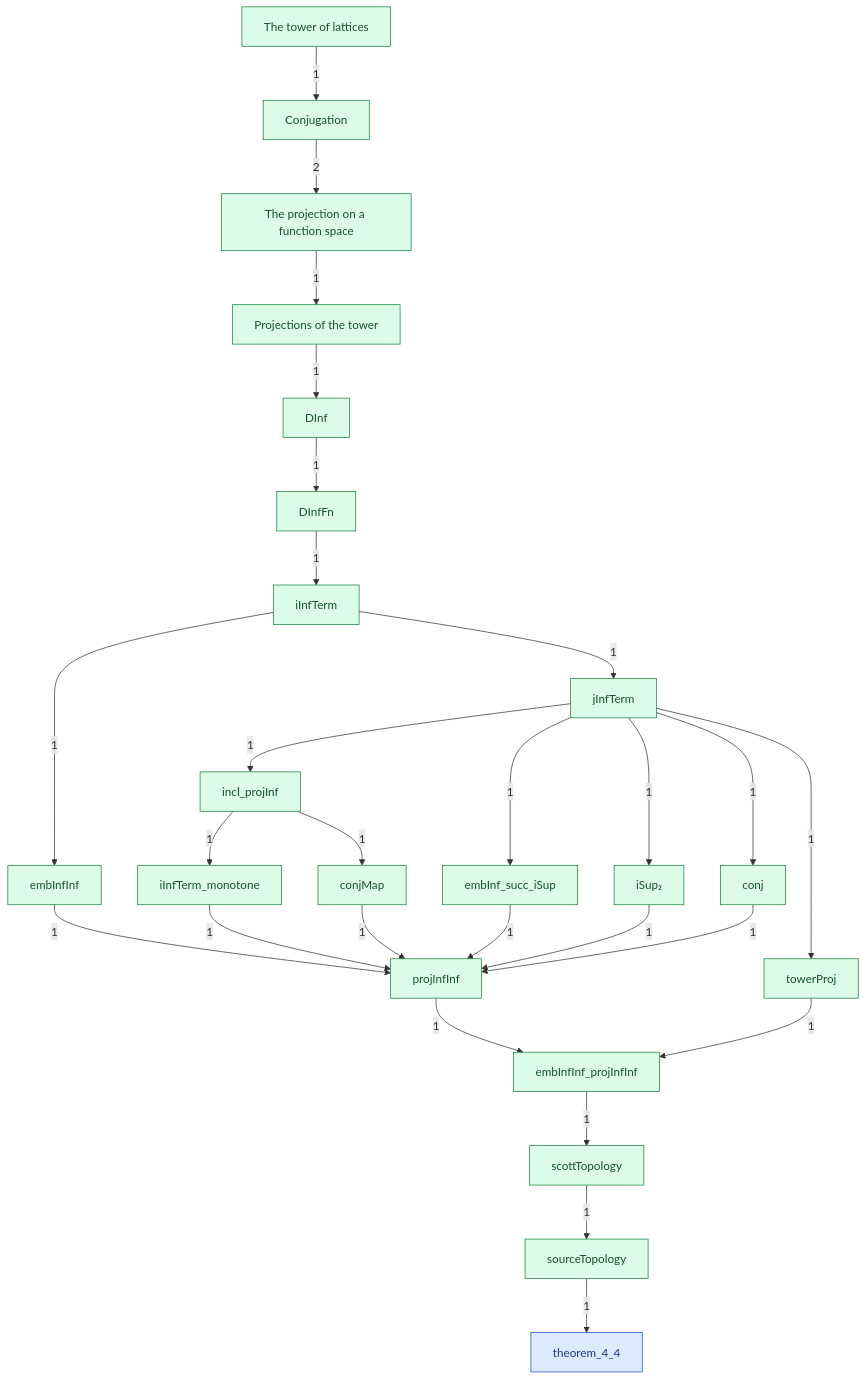
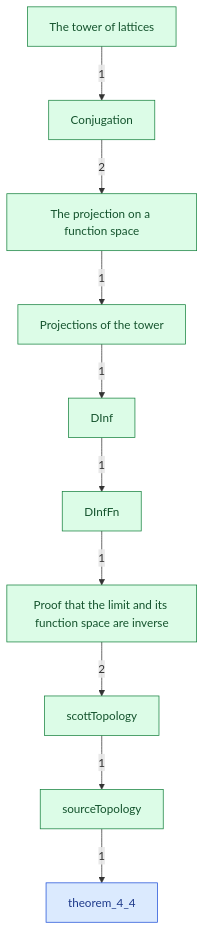
One commit to catskillsresearch/DomainTheory changed the diagram in DomainTheory/ContinuousLattice/FunctionSpaceTower/1972_Function_space_tower.mermaid. Above: the diagram before and after it, drawn with Mermaid. The commit also changed 3 other files, not shown here.

Commit message:
Gather the proof that the limit and its function space are inverse into one subsection of the tower.

```diff
--- a/DomainTheory/ContinuousLattice/FunctionSpaceTower/1972_Function_space_tower.mermaid
+++ b/DomainTheory/ContinuousLattice/FunctionSpaceTower/1972_Function_space_tower.mermaid
@@ -1,55 +1,27 @@
 %% Notes of the function space tower.
 %% Arrowhead on the importer. The number is a direct-import count.
 %% An arrow already implied by a longer path is omitted.
 flowchart TB
   LAT["The tower of lattices"]
   CONJ["Conjugation"]
   FSP["The projection on a function space"]
   PROJ["Projections of the tower"]
   DINF["DInf"]
   DFN["DInfFn"]
-  IINF["iInfTerm"]
-  EINF["embInfInf"]
-  JINF["jInfTerm"]
-  INCL["incl_projInf"]
-  IMONO["iInfTerm_monotone"]
-  ESUP["embInf_succ_iSup"]
-  ISUP["iSup₂"]
-  CMAP["conjMap"]
-  CONJX["conj"]
-  TPROJ["towerProj"]
-  PINF["projInfInf"]
-  ECOMP["embInfInf_projInfInf"]
+  INV["Proof that the limit and its function space are inverse"]
   SCOTT["scottTopology"]
   SOURCE["sourceTopology"]
   THM["theorem_4_4"]
   LAT -->|"1"| CONJ
   CONJ -->|"2"| FSP
   FSP -->|"1"| PROJ
   PROJ -->|"1"| DINF
   DINF -->|"1"| DFN
-  DFN -->|"1"| IINF
-  IINF -->|"1"| EINF
-  IINF -->|"1"| JINF
-  EINF -->|"1"| PINF
-  JINF -->|"1"| INCL
-  JINF -->|"1"| ESUP
-  JINF -->|"1"| ISUP
-  JINF -->|"1"| CONJX
-  JINF -->|"1"| TPROJ
-  INCL -->|"1"| IMONO
-  INCL -->|"1"| CMAP
-  IMONO -->|"1"| PINF
-  ESUP -->|"1"| PINF
-  ISUP -->|"1"| PINF
-  CMAP -->|"1"| PINF
-  CONJX -->|"1"| PINF
-  TPROJ -->|"1"| ECOMP
-  PINF -->|"1"| ECOMP
-  ECOMP -->|"1"| SCOTT
+  DFN -->|"1"| INV
+  INV -->|"2"| SCOTT
   SCOTT -->|"1"| SOURCE
   SOURCE -->|"1"| THM
   classDef concept fill:#dcfce7,stroke:#15803d,color:#14532d
   classDef numbered fill:#dbeafe,stroke:#1d4ed8,color:#1e3a8a
-  class LAT,CONJ,FSP,PROJ,DINF,DFN,IINF,EINF,JINF,INCL,IMONO,ESUP,ISUP,CMAP,CONJX,TPROJ,PINF,ECOMP,SCOTT,SOURCE concept
+  class LAT,CONJ,FSP,PROJ,DINF,DFN,INV,SCOTT,SOURCE concept
   class THM numbered
```
